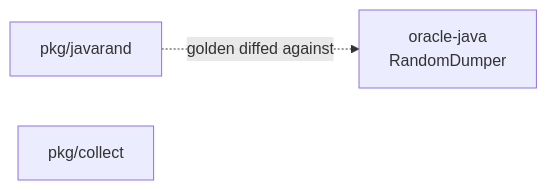
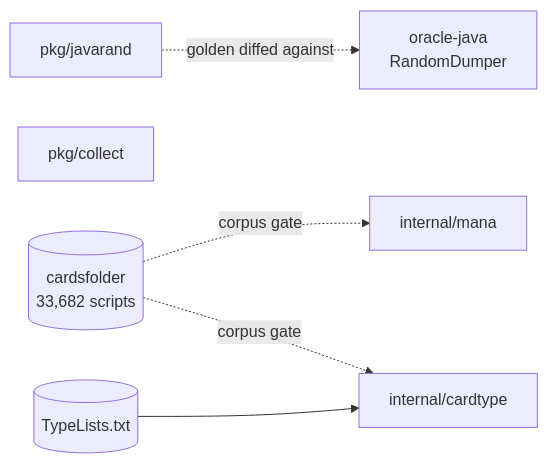
The diagram in docs/crucible/architecture/module-map.md (Card-Forge/forge), drawn with Mermaid before and after one commit. The commit also changed other lines of this file and 39 other files, not shown here.

First line of the commit message:
port: finish M1 — mana, cardtype, and docgate

````diff
--- a/docs/crucible/architecture/module-map.md
+++ b/docs/crucible/architecture/module-map.md
@@ -48,5 +54,8 @@
 ```mermaid
 flowchart LR
   javarand["pkg/javarand"] -. "golden diffed against" .-> oracle["oracle-java<br/>RandomDumper"]
   collect["pkg/collect"]
+  scripts[("cardsfolder<br/>33,682 scripts")] -. "corpus gate" .-> mana["internal/mana"]
+  scripts -. "corpus gate" .-> ct["internal/cardtype"]
+  lists[("TypeLists.txt")] --> ct
 ```
````
